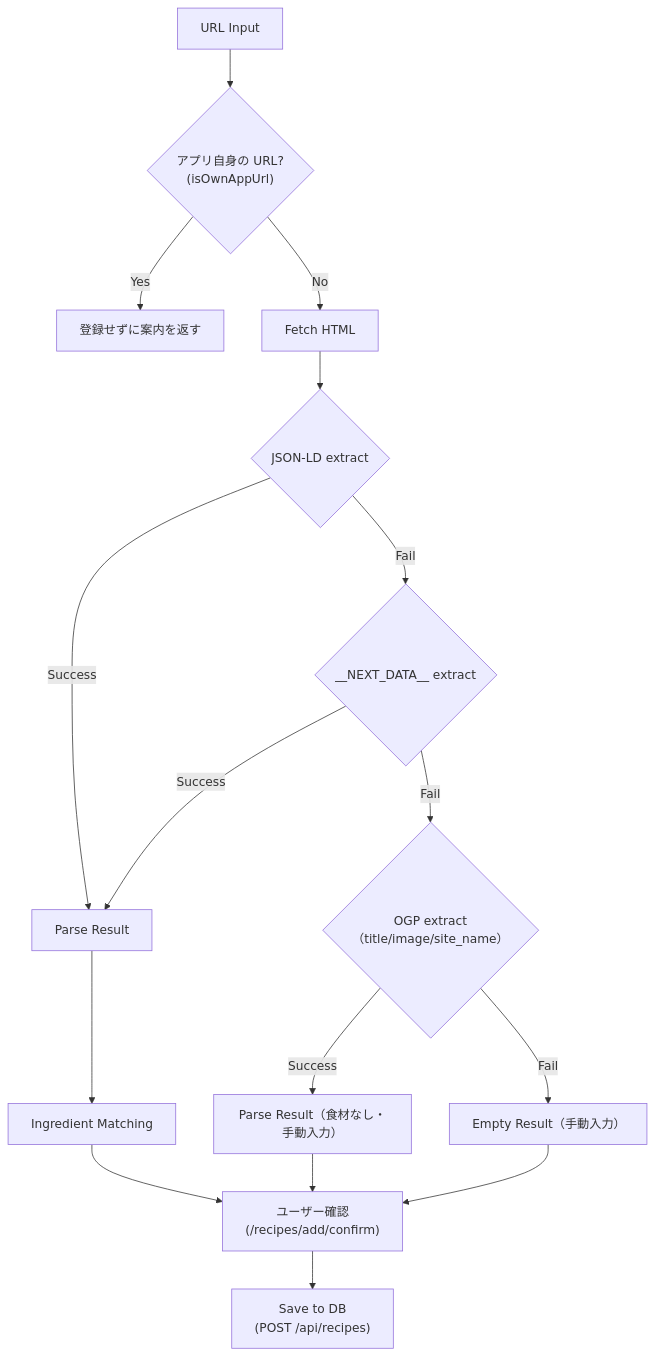
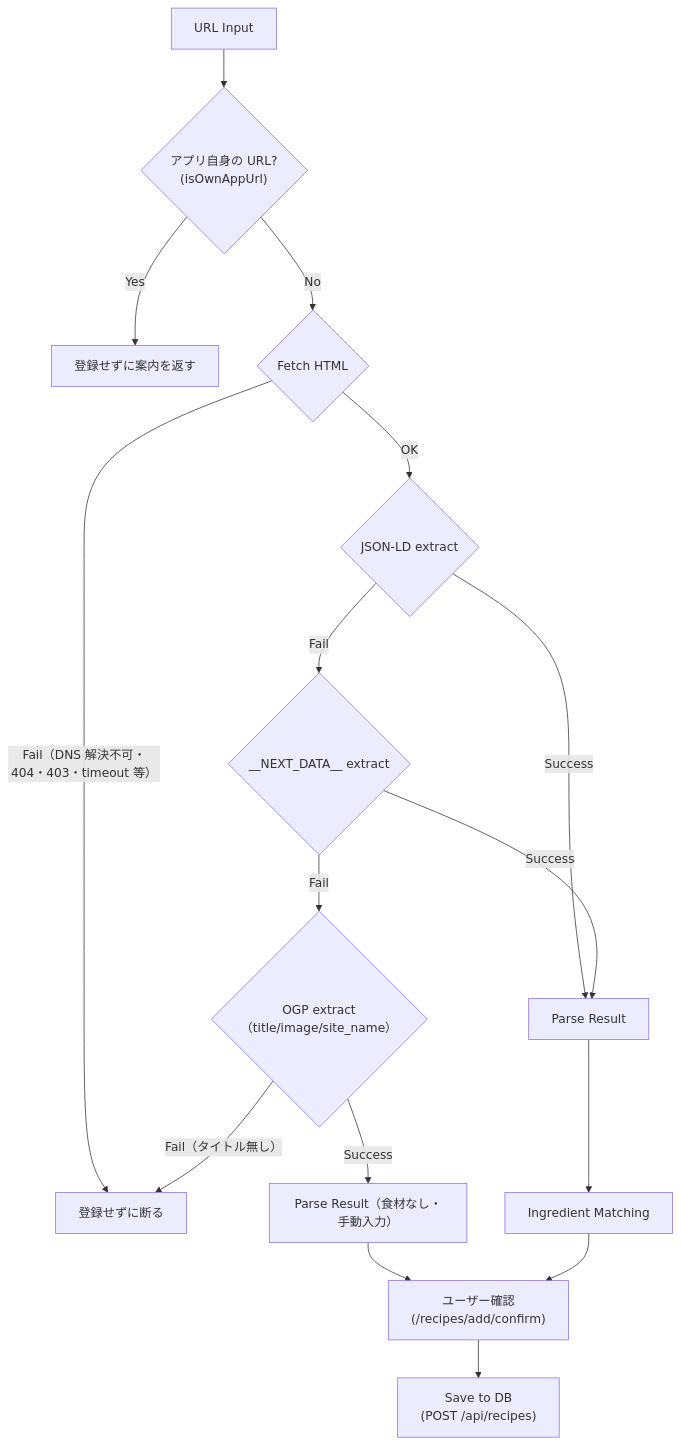
One commit to mktu/recipe-app changed the ninth of 13 diagrams in docs/ARCHITECTURE.md. Above: the diagram before and after it, drawn with Mermaid. The commit also changed other lines of this file and 11 other files, not shown here.

````diff
--- a/docs/ARCHITECTURE.md
+++ b/docs/ARCHITECTURE.md
@@ -546,22 +546,22 @@
 ```mermaid
 graph TB
     Start["URL Input"] --> Own{"アプリ自身の URL?\n(isOwnAppUrl)"}
     Own -->|Yes| Reject["登録せずに案内を返す"]
-    Own -->|No| Fetch["Fetch HTML"]
+    Own -->|No| Fetch{"Fetch HTML"}
+    Fetch -->|"Fail（DNS 解決不可・404・403・timeout 等）"| Unfetchable["登録せずに断る"]
 
-    Fetch --> Strategy1{"JSON-LD extract"}
+    Fetch -->|OK| Strategy1{"JSON-LD extract"}
     Strategy1 -->|Success| Result["Parse Result"]
     Strategy1 -->|Fail| Strategy2{"__NEXT_DATA__ extract"}
 
     Strategy2 -->|Success| Result
     Strategy2 -->|Fail| Strategy3{"OGP extract（title/image/site_name）"}
 
     Strategy3 -->|Success| OgpResult["Parse Result（食材なし・手動入力）"]
-    Strategy3 -->|Fail| Empty["Empty Result（手動入力）"]
+    Strategy3 -->|"Fail（タイトル無し）"| Unfetchable
 
     Result --> Match["Ingredient Matching"]
     OgpResult --> Confirm
-    Empty --> Confirm
     Match --> Confirm["ユーザー確認\n(/recipes/add/confirm)"]
     Confirm --> Save["Save to DB\n(POST /api/recipes)"]
 ```
````
